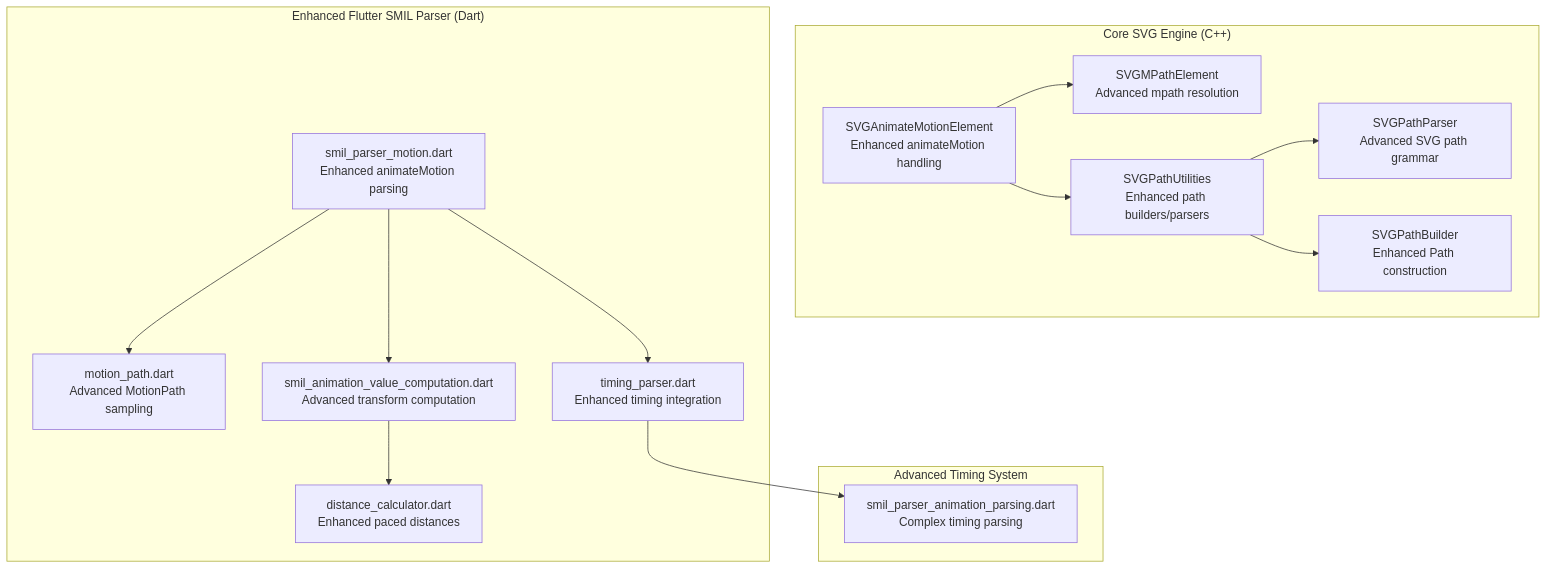
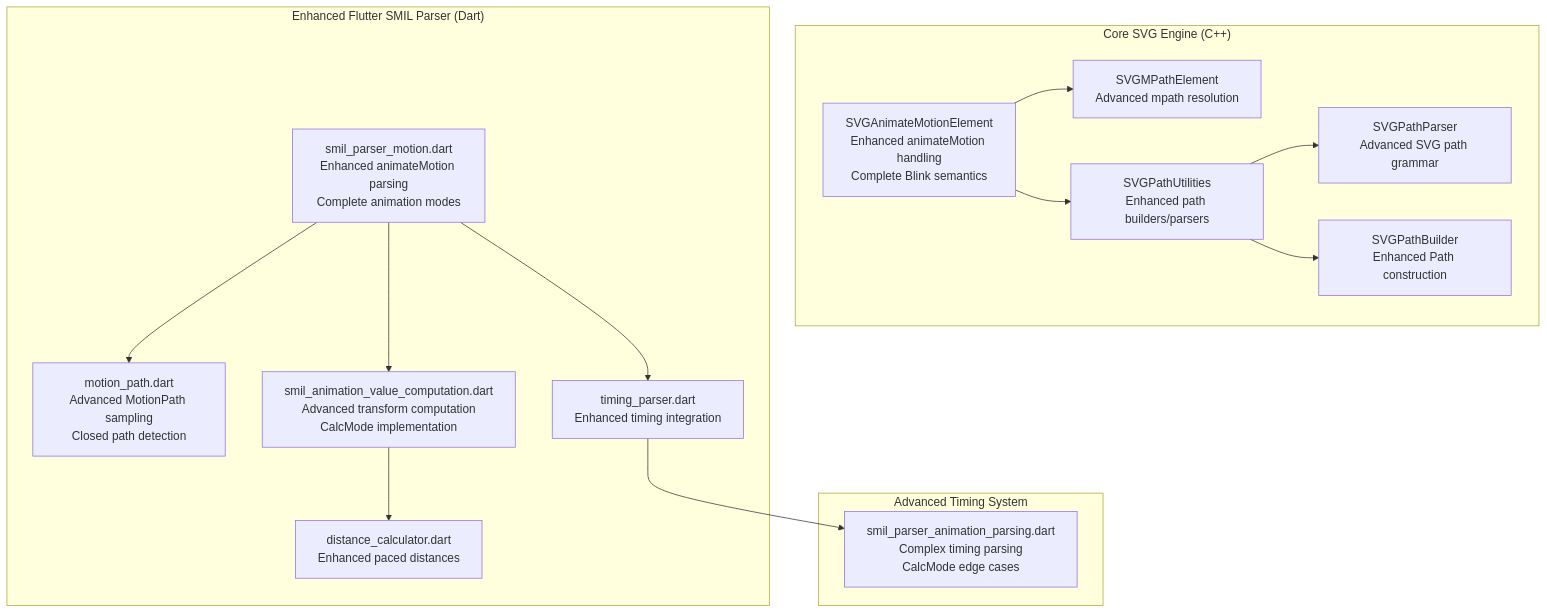
One commit to denisnadey/flutter_full_svg_support changed the first of 7 diagrams in .qoder/repowiki/en/content/Animated SVG Support/SMIL Animation Specification/SMIL Motion Animation.md. Above: the diagram before and after it, drawn with Mermaid. The commit also changed other lines of this file and 18 other files, not shown here.

First line of the commit message:
feat(smil): enhance animation runtime with discrete calcMode and motion path improvements

````diff
--- a/.qoder/repowiki/en/content/Animated SVG Support/SMIL Animation Specification/SMIL Motion Animation.md
+++ b/.qoder/repowiki/en/content/Animated SVG Support/SMIL Animation Specification/SMIL Motion Animation.md
@@ -67,29 +75,29 @@
 ```mermaid
 graph TB
 subgraph "Core SVG Engine (C++)"
-AME["SVGAnimateMotionElement<br/>Enhanced animateMotion handling"]
+AME["SVGAnimateMotionElement<br/>Enhanced animateMotion handling<br/>Complete Blink semantics"]
 MP["SVGMPathElement<br/>Advanced mpath resolution"]
 PU["SVGPathUtilities<br/>Enhanced path builders/parsers"]
 PP["SVGPathParser<br/>Advanced SVG path grammar"]
 PB["SVGPathBuilder<br/>Enhanced Path construction"]
 end
 subgraph "Enhanced Flutter SMIL Parser (Dart)"
-DParser["smil_parser_motion.dart<br/>Enhanced animateMotion parsing"]
-DPath["motion_path.dart<br/>Advanced MotionPath sampling"]
+DParser["smil_parser_motion.dart<br/>Enhanced animateMotion parsing<br/>Complete animation modes"]
+DPath["motion_path.dart<br/>Advanced MotionPath sampling<br/>Closed path detection"]
 DDist["distance_calculator.dart<br/>Enhanced paced distances"]
-DComp["smil_animation_value_computation.dart<br/>Advanced transform computation"]
+DComp["smil_animation_value_computation.dart<br/>Advanced transform computation<br/>CalcMode implementation"]
 DTiming["timing_parser.dart<br/>Enhanced timing integration"]
 end
 subgraph "Advanced Timing System"
-STP["smil_parser_animation_parsing.dart<br/>Complex timing parsing"]
+STP["smil_parser_animation_parsing.dart<br/>Complex timing parsing<br/>CalcMode edge cases"]
 end
 AME --> MP
 AME --> PU
 PU --> PP
 PU --> PB
 DParser --> DPath
 DParser --> DComp
 DParser --> DTiming
 DComp --> DDist
 DTiming --> STP
 ```
````
